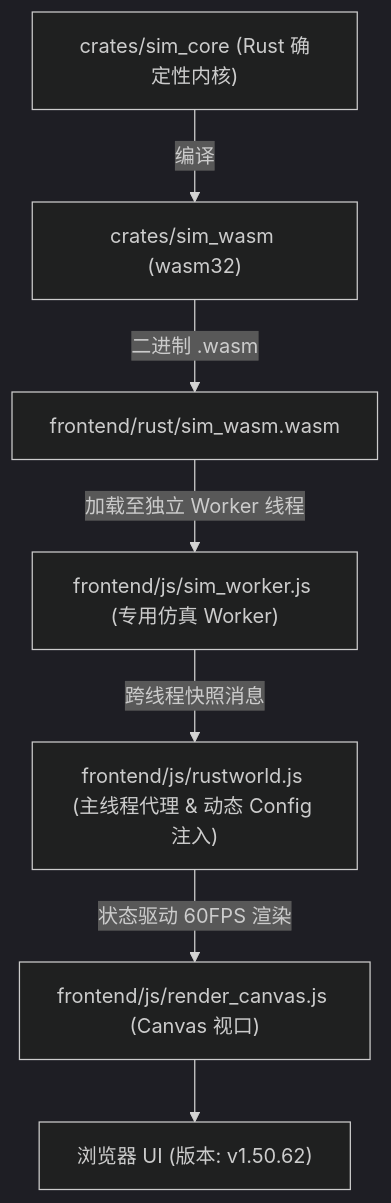
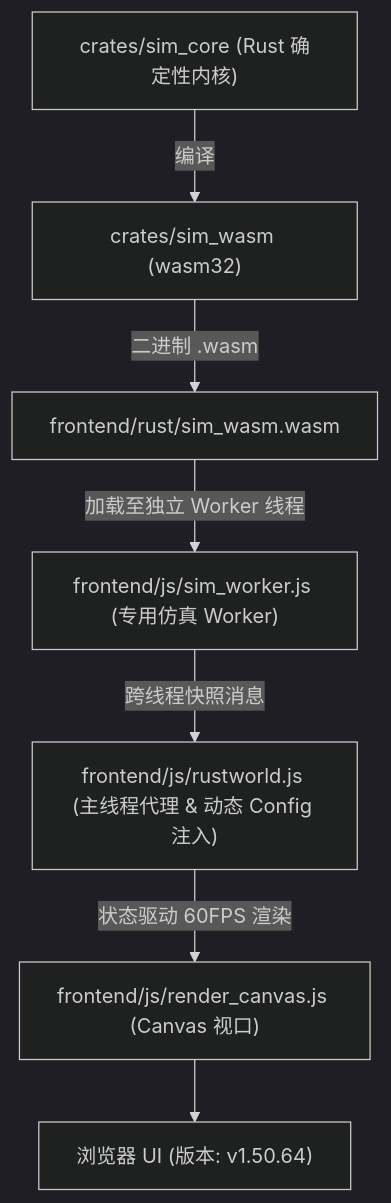
The diagram in AGENTS.md (g39088902/FlowAndAccord), drawn with Mermaid (dark theme) before and after one commit. The commit also changed other lines of this file and 25 other files, not shown here.

First line of the commit message:
feat(ta06): 植被轮廓与物种变体——三乔木轮廓 + 三灌木变体 + 花灌木花朵图元 (v1.50.64)

````diff
--- a/AGENTS.md
+++ b/AGENTS.md
@@ -61,10 +61,10 @@
 ```mermaid
 graph TD
     A["crates/sim_core (Rust 确定性内核)"] -->|编译| B["crates/sim_wasm (wasm32)"]
     B -->|二进制 .wasm| C["frontend/rust/sim_wasm.wasm"]
     C -->|加载至独立 Worker 线程| D["frontend/js/sim_worker.js (专用仿真 Worker)"]
     D -->|跨线程快照消息| E["frontend/js/rustworld.js (主线程代理 & 动态 Config 注入)"]
     E -->|状态驱动 60FPS 渲染| F["frontend/js/render_canvas.js (Canvas 视口)"]
-    F --> G["浏览器 UI (版本: v1.50.62)"]
+    F --> G["浏览器 UI (版本: v1.50.64)"]
 
 ```
````
